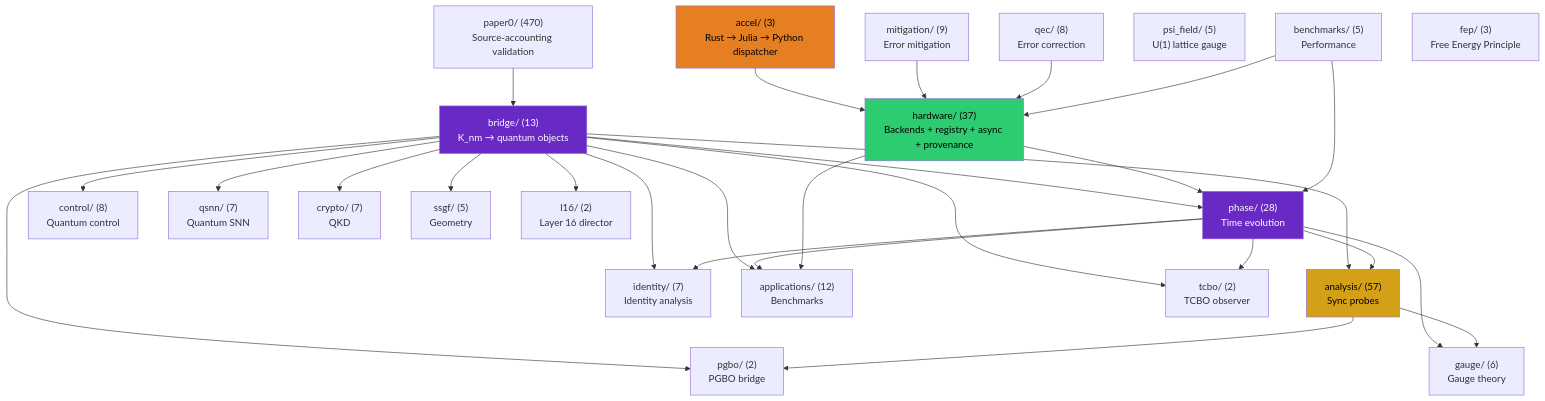
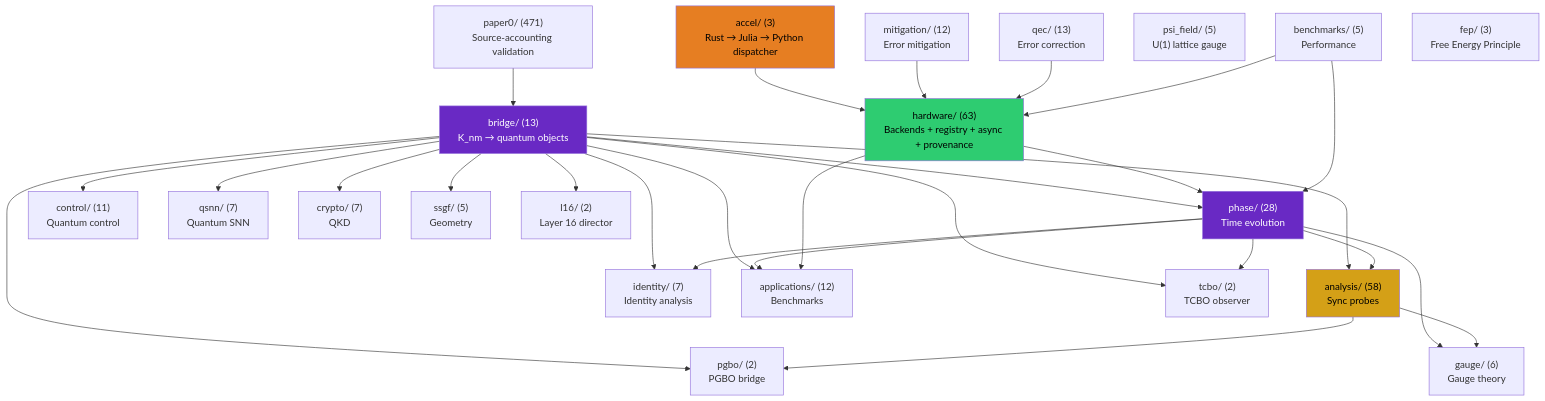
One commit to anulum/scpn-quantum-control changed the first of 4 diagrams in docs/architecture.md. Above: the diagram before and after it, drawn with Mermaid. The commit also changed other lines of this file and 18 other files, not shown here.

````diff
--- a/docs/architecture.md
+++ b/docs/architecture.md
@@ -33,57 +33,57 @@
 ```mermaid
 graph TD
     bridge["bridge/ (13)\nK_nm → quantum objects"]
-    paper0["paper0/ (470)\nSource-accounting validation"]
+    paper0["paper0/ (471)\nSource-accounting validation"]
     phase["phase/ (28)\nTime evolution"]
-    analysis["analysis/ (57)\nSync probes"]
-    control["control/ (8)\nQuantum control"]
+    analysis["analysis/ (58)\nSync probes"]
+    control["control/ (11)\nQuantum control"]
     qsnn["qsnn/ (7)\nQuantum SNN"]
     identity["identity/ (7)\nIdentity analysis"]
-    hardware["hardware/ (37)\nBackends + registry + async + provenance"]
-    mitigation["mitigation/ (9)\nError mitigation"]
-    qec["qec/ (8)\nError correction"]
+    hardware["hardware/ (63)\nBackends + registry + async + provenance"]
+    mitigation["mitigation/ (12)\nError mitigation"]
+    qec["qec/ (13)\nError correction"]
     gauge["gauge/ (6)\nGauge theory"]
     apps["applications/ (12)\nBenchmarks"]
     crypto["crypto/ (7)\nQKD"]
     benchmarks["benchmarks/ (5)\nPerformance"]
     ssgf["ssgf/ (5)\nGeometry"]
     psi_field["psi_field/ (5)\nU(1) lattice gauge"]
     accel["accel/ (3)\nRust → Julia → Python dispatcher"]
     fep["fep/ (3)\nFree Energy Principle"]
     tcbo["tcbo/ (2)\nTCBO observer"]
     pgbo["pgbo/ (2)\nPGBO bridge"]
     l16["l16/ (2)\nLayer 16 director"]
 
     bridge --> phase
     bridge --> analysis
     paper0 --> bridge
     bridge --> control
     bridge --> qsnn
     bridge --> identity
     bridge --> apps
     bridge --> crypto
     bridge --> ssgf
     phase --> analysis
     phase --> identity
     phase --> apps
     phase --> gauge
     analysis --> gauge
     hardware --> phase
     hardware --> apps
     accel --> hardware
     mitigation --> hardware
     qec --> hardware
     benchmarks --> phase
     benchmarks --> hardware
     bridge --> tcbo
     bridge --> pgbo
     bridge --> l16
     phase --> tcbo
     analysis --> pgbo
 
     style bridge fill:#6929C4,color:#fff
     style analysis fill:#d4a017,color:#000
     style phase fill:#6929C4,color:#fff
     style hardware fill:#2ecc71,color:#000
     style accel fill:#e67e22,color:#000
 ```
````
